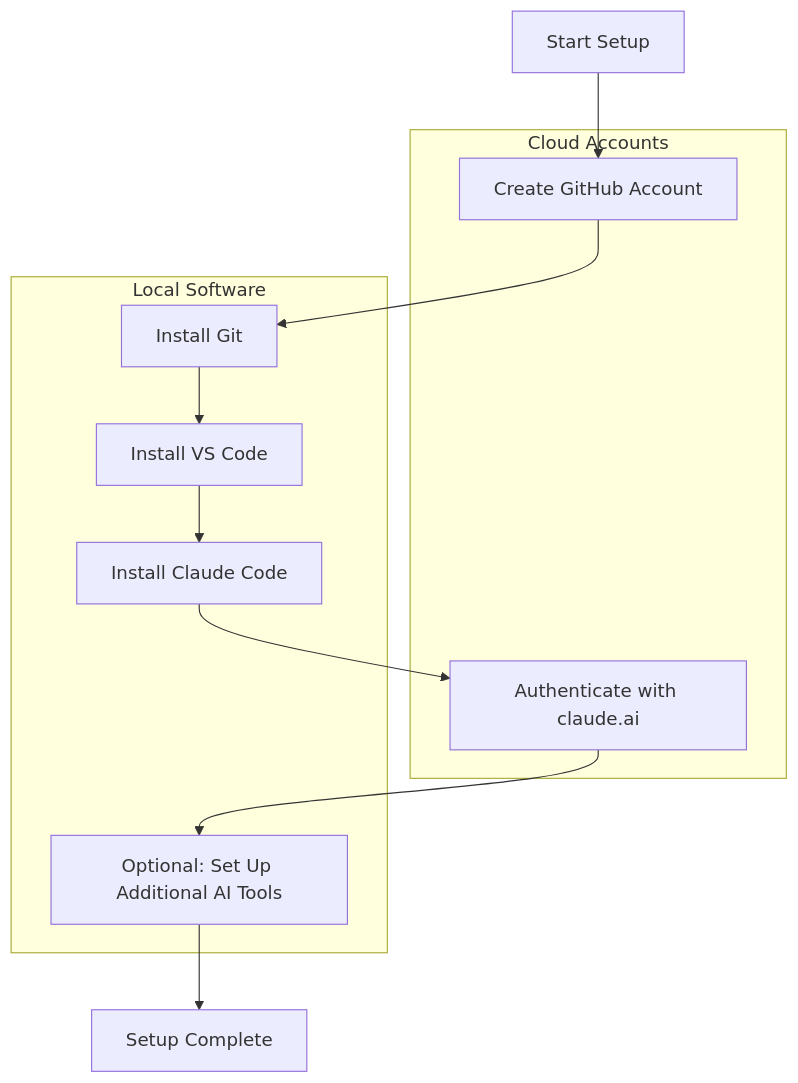
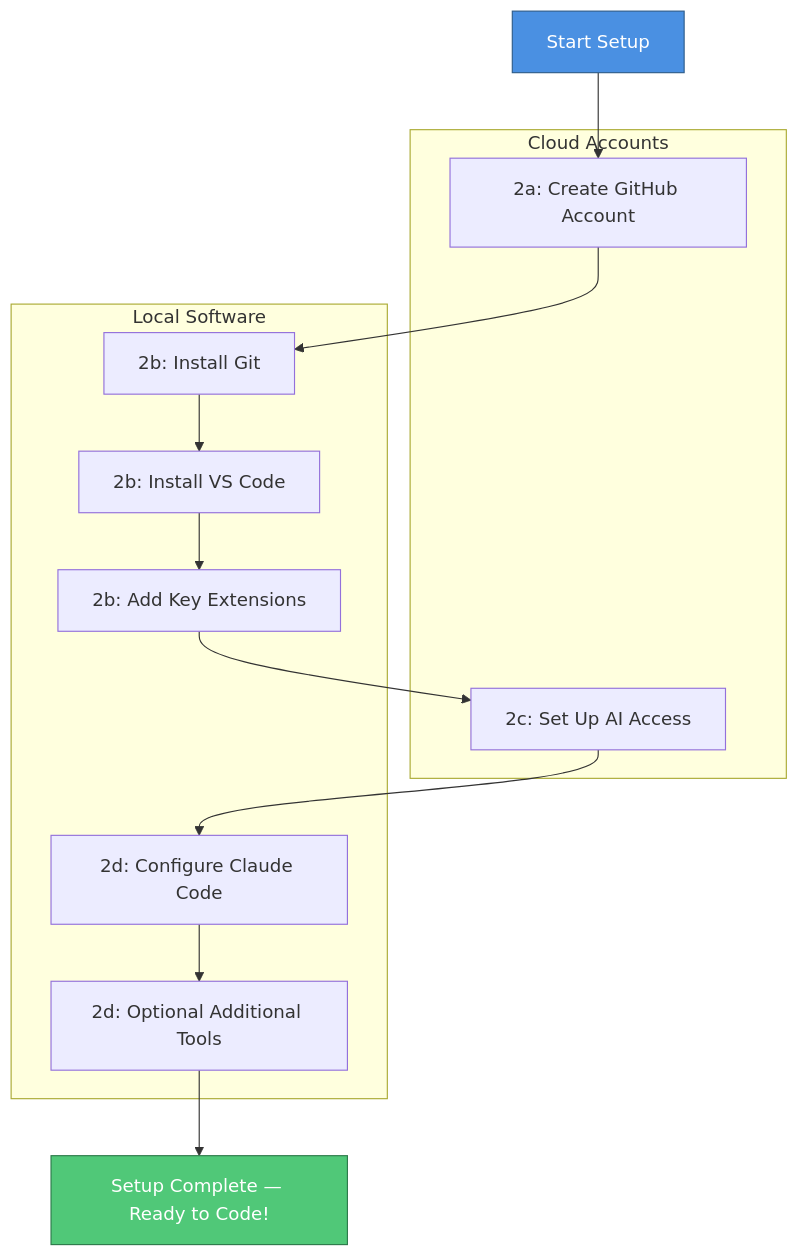
The diagram in public/data/workshops/workshop-00-infra/02_setup_overview.md (DreamLab-AI/dreamlab-ai-website), drawn with Mermaid before and after one commit. The commit also changed other lines of this file and 65 other files, not shown here.

````diff
--- a/public/data/workshops/workshop-00-infra/02_setup_overview.md
+++ b/public/data/workshops/workshop-00-infra/02_setup_overview.md
@@ -21,22 +41,27 @@
 ```mermaid
 graph TD
-    A[Start Setup] --> B[Create GitHub Account]
-    B --> C[Install Git]
-    C --> D[Install VS Code]
-    D --> E[Install Claude Code]
-    E --> F[Authenticate with claude.ai]
-    F --> G[Optional: Set Up Additional AI Tools]
-    G --> H[Setup Complete]
+    A[Start Setup] --> B[2a: Create GitHub Account]
+    B --> C[2b: Install Git]
+    C --> D[2b: Install VS Code]
+    D --> E[2b: Add Key Extensions]
+    E --> F[2c: Set Up AI Access]
+    F --> G[2d: Configure Claude Code]
+    G --> H[2d: Optional Additional Tools]
+    H --> I[Setup Complete — Ready to Code!]
 
     subgraph Cloud Accounts
         B
         F
     end
 
     subgraph Local Software
         C
         D
         E
         G
+        H
     end
+
+    style A fill:#4a90e2,stroke:#2e5c8a,color:#fff
+    style I fill:#50c878,stroke:#2d7a4a,color:#fff
 ```
````
